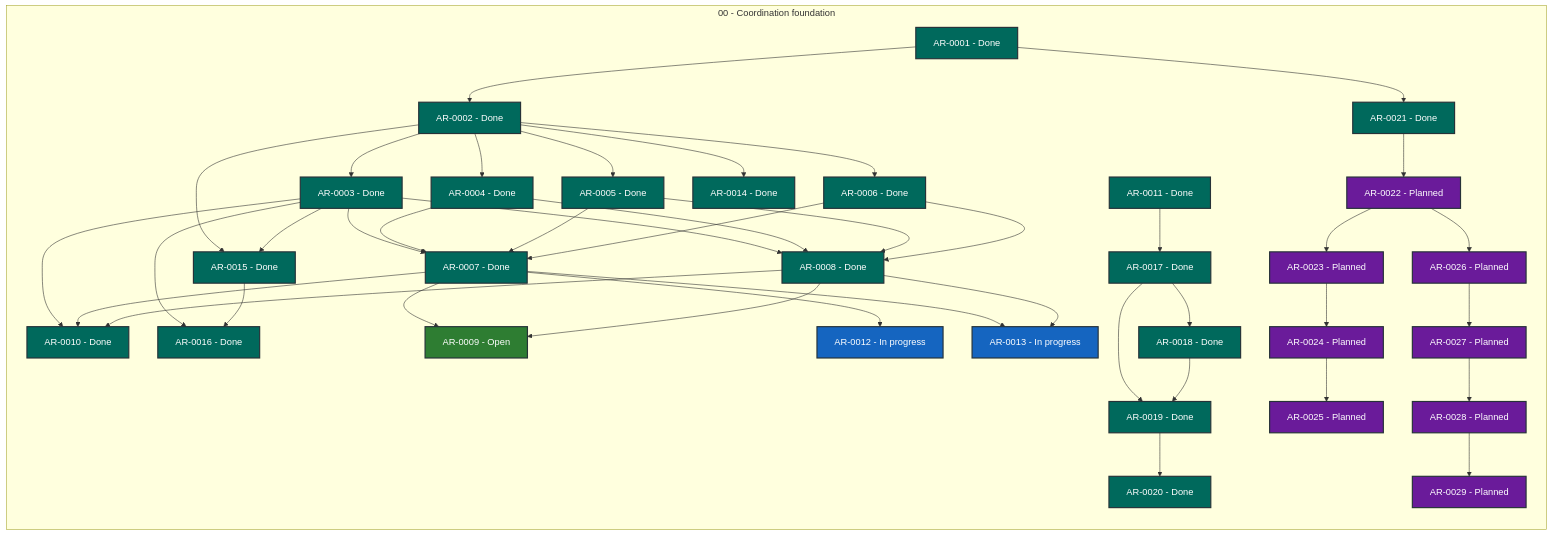
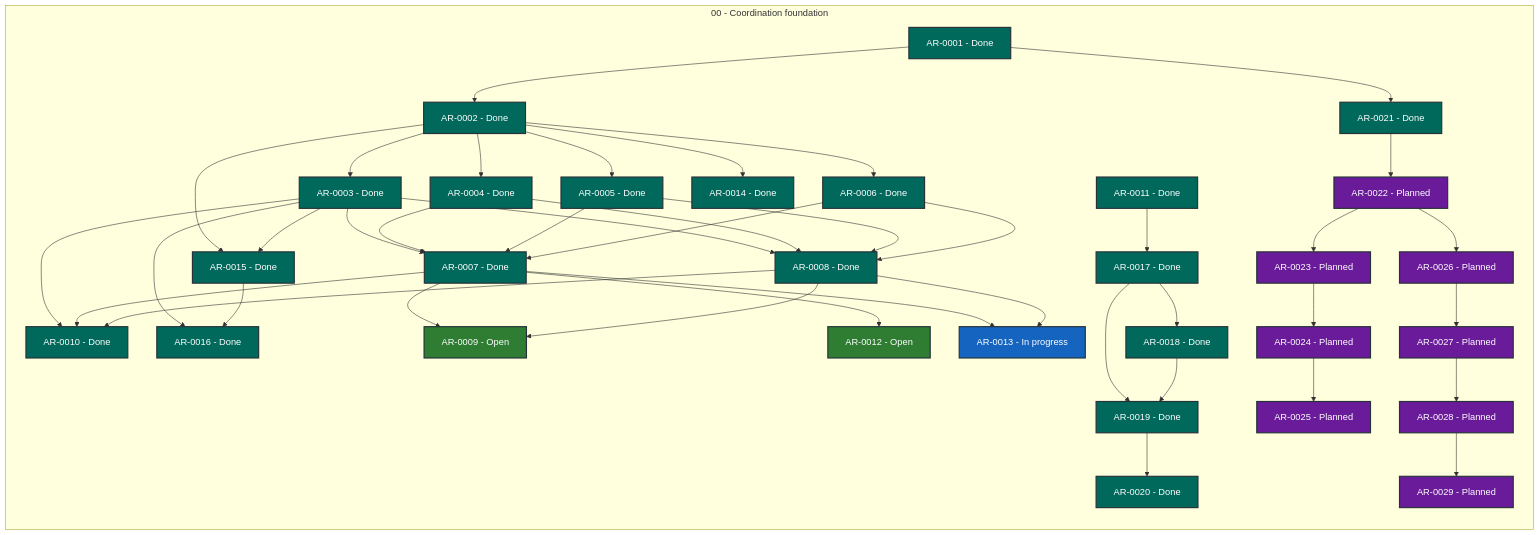
One commit to martin-beck/agent-workflow-coordinator-state changed the diagram in STATUS.md. Above: the diagram before and after it, drawn with Mermaid. The commit also changed other lines of this file and 2 other files, not shown here.

```diff
--- a/STATUS.md
+++ b/STATUS.md
@@ -39,7 +39,7 @@
         AR_0009["AR-0009 - Open"]:::status_open
         AR_0010["AR-0010 - Done"]:::status_done
         AR_0011["AR-0011 - Done"]:::status_done
-        AR_0012["AR-0012 - In progress"]:::status_in_progress
+        AR_0012["AR-0012 - Open"]:::status_open
         AR_0013["AR-0013 - In progress"]:::status_in_progress
         AR_0014["AR-0014 - Done"]:::status_done
         AR_0015["AR-0015 - Done"]:::status_done
```
